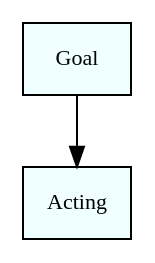
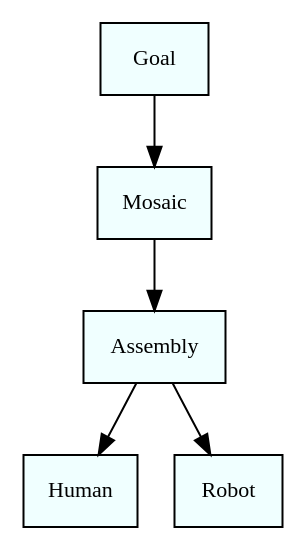
One commit to pstlab/roxanne_rosjava changed the diagram in hierarchy_graph.dot. Above: the diagram before and after it, drawn with Graphviz. The commit also changed 14 other files, not shown here.

```diff
--- a/hierarchy_graph.dot
+++ b/hierarchy_graph.dot
@@ -1,5 +1,5 @@
 digraph hierarhcy_graph {
 	rankdir=TB;
 	node [fontsize=11, style=filled, fillcolor=azure, shape = box]
-	Goal -> Acting
+	Goal -> Mosaic	Mosaic -> Assembly	Assembly -> Human	Assembly -> Robot
 }
```
